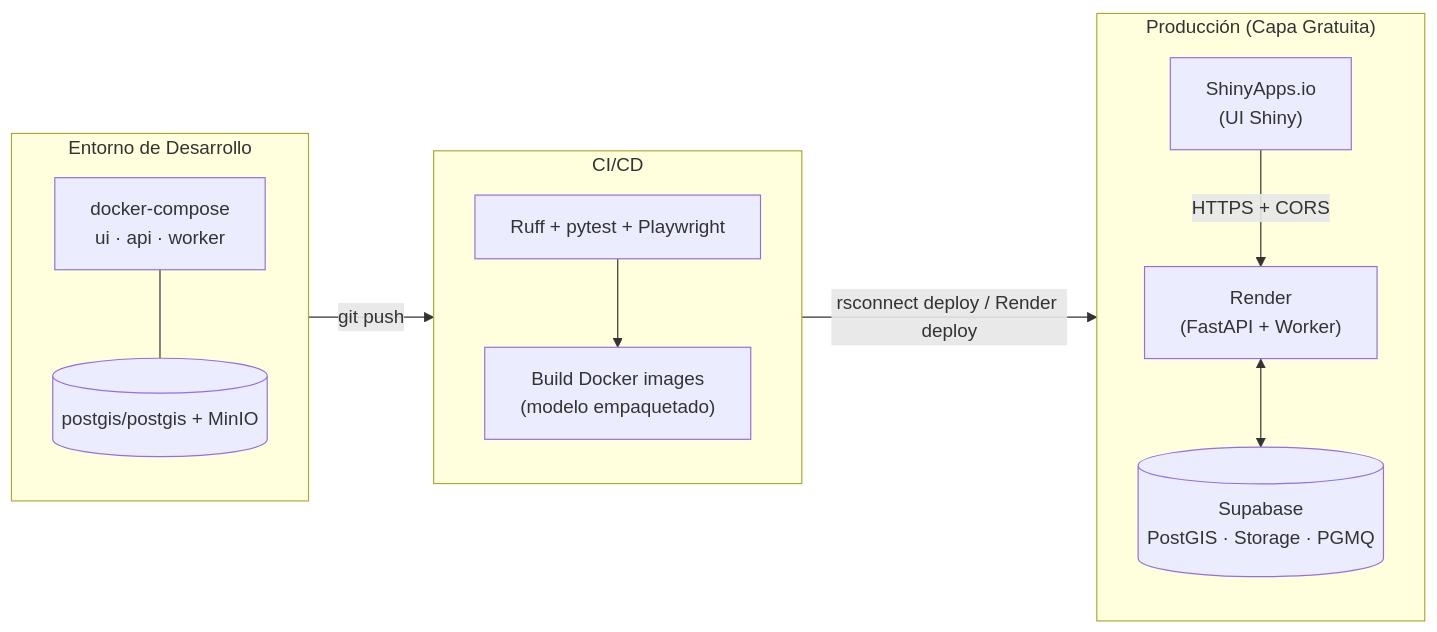
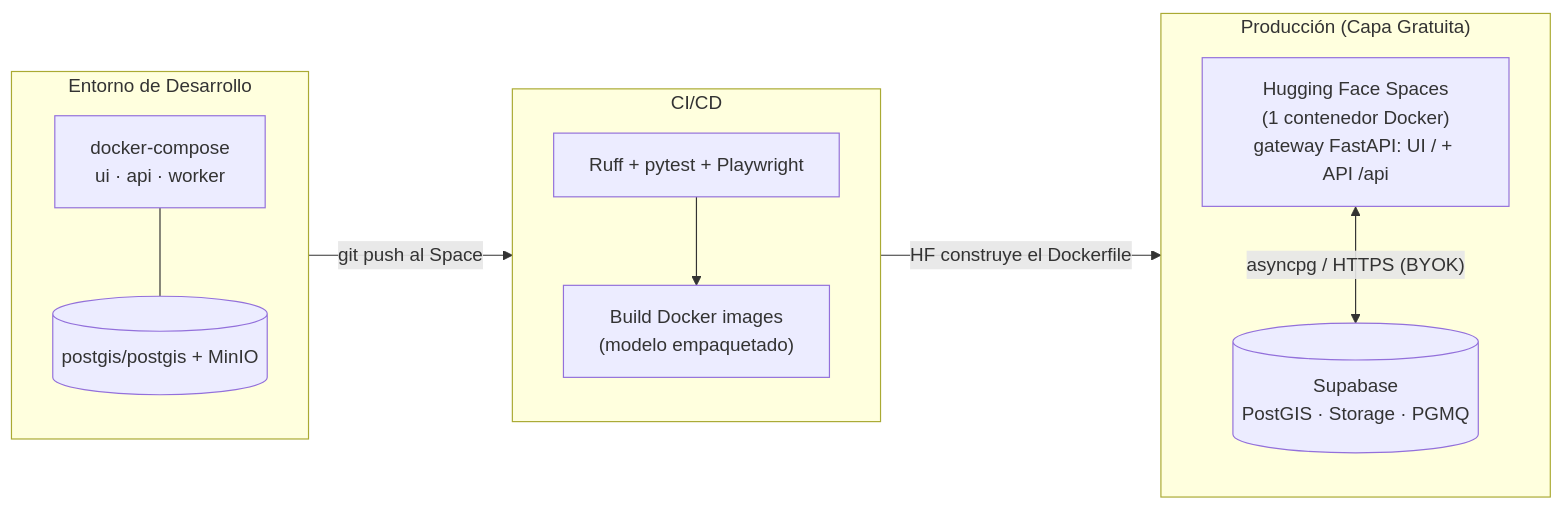
Before and after one commit to AlexPrietoRomani/AgroVision: the seventh of 7 diagrams in docs/architect/architecture_agrovision.md, drawn with Mermaid. The commit also changed other lines of this file and 3 other files, not shown here.

Commit message:
docs: actualiza arquitectura/README/definición/ejecución a Astro+HF Spaces sin Shiny + §8 seguridad

````diff
--- a/docs/architect/architecture_agrovision.md
+++ b/docs/architect/architecture_agrovision.md
@@ -214,28 +218,26 @@
 ```mermaid
 flowchart LR
     subgraph Local["Entorno de Desarrollo"]
         direction TB
         DEV["docker-compose<br/>ui · api · worker"]
         DEV_DB[("postgis/postgis + MinIO")]
         DEV --- DEV_DB
     end
 
     subgraph Pipeline["CI/CD"]
         direction TB
         LINT["Ruff + pytest + Playwright"]
         BUILD["Build Docker images<br/>(modelo empaquetado)"]
         LINT --> BUILD
     end
 
     subgraph Prod["Producción (Capa Gratuita)"]
         direction TB
-        SHINY["ShinyApps.io<br/>(UI Shiny)"]
-        RENDER["Render<br/>(FastAPI + Worker)"]
+        HF["Hugging Face Spaces<br/>(1 contenedor Docker)<br/>gateway FastAPI: UI / + API /api"]
         SUPA[("Supabase<br/>PostGIS · Storage · PGMQ")]
-        SHINY -->|"HTTPS + CORS"| RENDER
-        RENDER <--> SUPA
+        HF <-->|"asyncpg / HTTPS (BYOK)"| SUPA
     end
 
-    Local -->|"git push"| Pipeline
-    Pipeline -->|"rsconnect deploy / Render deploy"| Prod
+    Local -->|"git push al Space"| Pipeline
+    Pipeline -->|"HF construye el Dockerfile"| Prod
 ```
````
